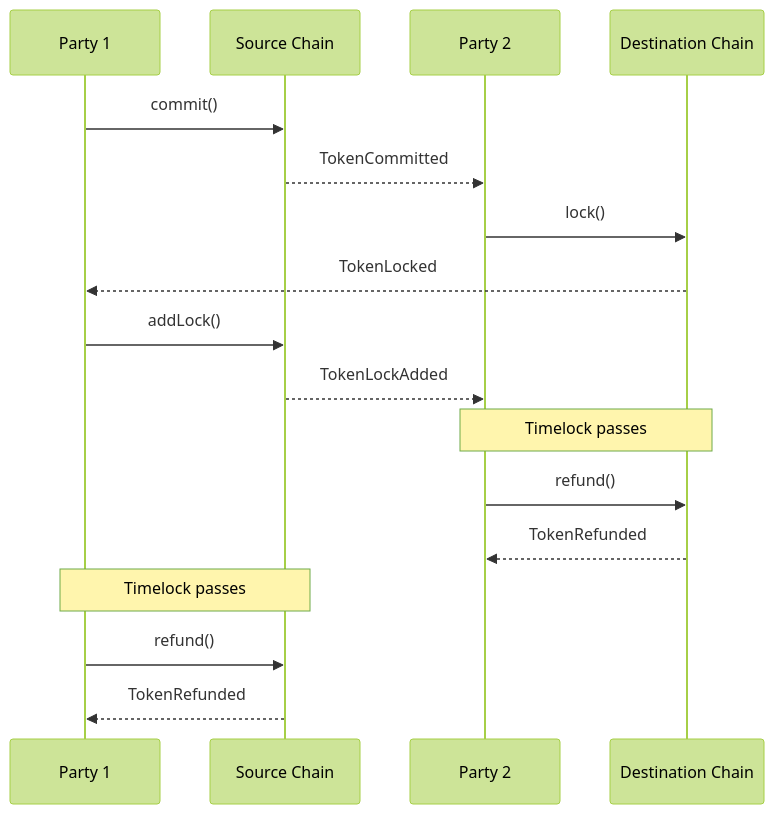
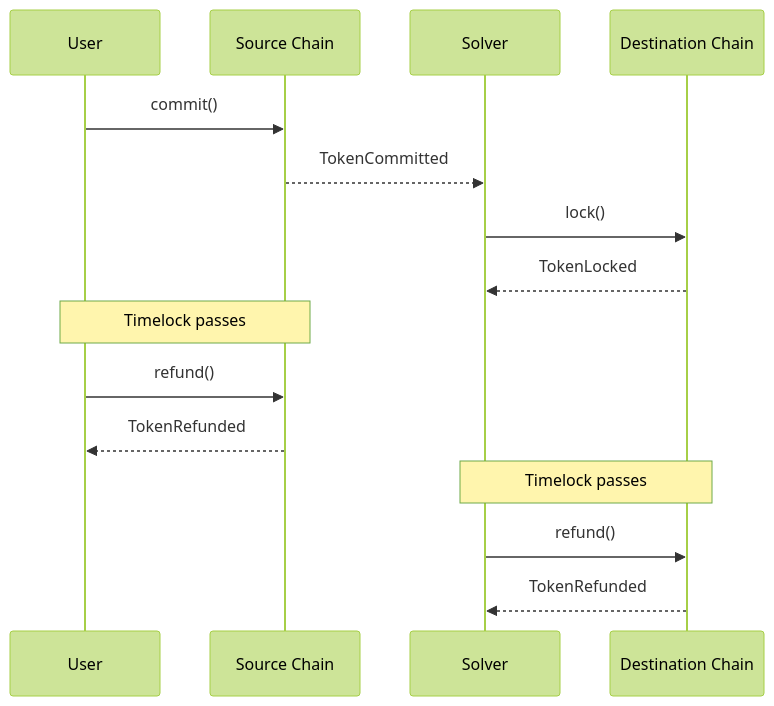
The second of 4 diagrams in protocol-spec/edge-cases.mdx (TrainProtocol/docs), drawn with Mermaid (forest theme) before and after one commit. The commit also changed other lines of this file and 1 other file, not shown here.

````diff
--- a/protocol-spec/edge-cases.mdx
+++ b/protocol-spec/edge-cases.mdx
@@ -35,21 +35,21 @@
 ```mermaid
 sequenceDiagram
-    participant P1 as Party 1
+    participant P1 as User
     participant SC as Source Chain
-    participant P2 as Party 2
+    participant P2 as Solver
     participant DC as Destination Chain
 
 	
     P1->>SC: commit()
     SC-->>P2: TokenCommitted
     P2->>DC: lock()
-    DC-->>P1: TokenLocked
-    P1->>SC: addLock()
-    SC-->>P2: TokenLockAdded
-    Note over P2,DC: Timelock passes
-    P2->>DC: refund()
-	  DC-->>P2: TokenRefunded
-	  Note over P1,SC: Timelock passes
+    DC-->>P2: TokenLocked
+    
+    Note over P1,SC: Timelock passes
     P1->>SC: refund()
     SC-->>P1: TokenRefunded
+		
+		Note over P2,DC: Timelock passes
+    P2->>DC: refund()
+    DC-->>P2: TokenRefunded
 ```
````
